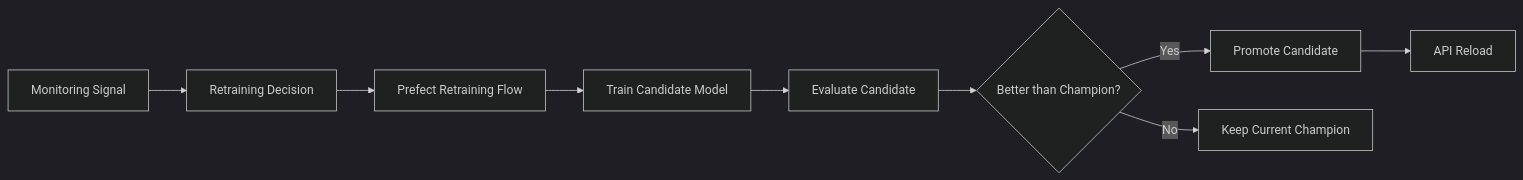
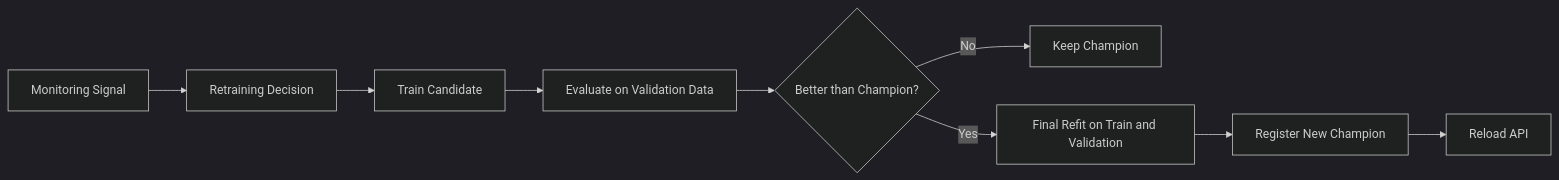
One commit to SL14-SL/mlops-sales-forecasting changed the second of 2 diagrams in README.md. Above: the diagram before and after it, drawn with Mermaid (dark theme). The commit also changed other lines of this file and 2 other files, not shown here.

Commit message:
docs: add controlled retraining evaluation [skip ci]

````diff
--- a/README.md
+++ b/README.md
@@ -202,11 +202,11 @@
 ```mermaid
 flowchart LR
 A[Monitoring Signal] --> B[Retraining Decision]
-B --> C[Prefect Retraining Flow]
-C --> D[Train Candidate Model]
-D --> E[Evaluate Candidate]
-E --> F{Better than Champion?}
-F -->|Yes| G[Promote Candidate]
-F -->|No| H[Keep Current Champion]
-G --> I[API Reload]
+B --> C[Train Candidate]
+C --> D[Evaluate on Validation Data]
+D --> E{Better than Champion?}
+E -->|No| F[Keep Champion]
+E -->|Yes| G[Final Refit on Train and Validation]
+G --> H[Register New Champion]
+H --> I[Reload API]
 ```
````
